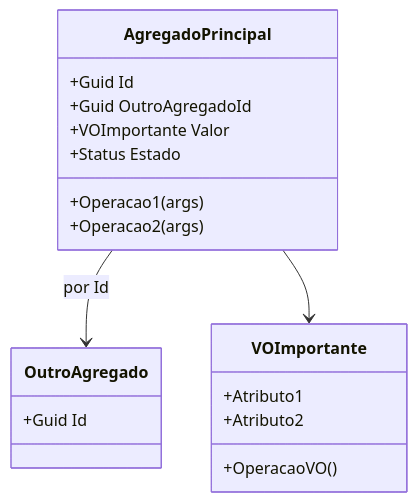
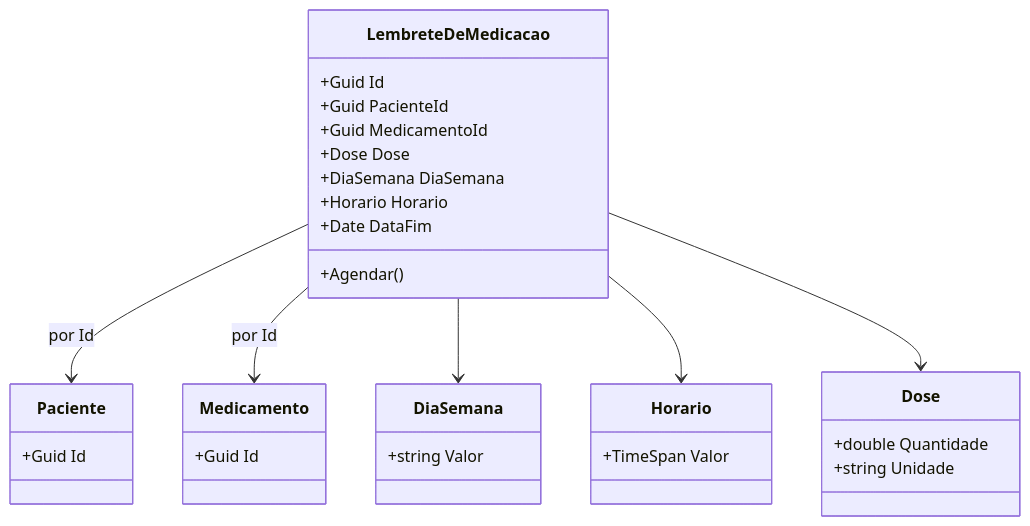
One commit to ThaysonRodrigues/DDD-3.1 changed the diagram in README.md. Above: the diagram before and after it, drawn with Mermaid. The commit also changed other lines of this file, not shown here.

````diff
--- a/README.md
+++ b/README.md
@@ -109,24 +107,40 @@
 ```mermaid
 classDiagram
-  class AgregadoPrincipal {
+  class LembreteDeMedicacao {
     +Guid Id
-    +Guid OutroAgregadoId
-    +VOImportante Valor
-    +Status Estado
-    +Operacao1(args)
-    +Operacao2(args)
+    +Guid PacienteId
+    +Guid MedicamentoId
+    +Dose Dose
+    +DiaSemana DiaSemana
+    +Horario Horario
+    +Date DataFim
+    +Agendar()
   }
 
-  class VOImportante {
-    +Atributo1
-    +Atributo2
-    +OperacaoVO()
-  }
-
-  class OutroAgregado {
+  class Paciente {
     +Guid Id
   }
 
-  AgregadoPrincipal --> OutroAgregado : por Id
-  AgregadoPrincipal --> VOImportante
+  class Medicamento {
+    +Guid Id
+  }
+
+  class DiaSemana {
+    +string Valor
+  }
+
+  class Horario {
+    +TimeSpan Valor
+  }
+
+  class Dose {
+    +double Quantidade
+    +string Unidade
+  }
+
+  LembreteDeMedicacao --> Paciente : por Id
+  LembreteDeMedicacao --> Medicamento : por Id
+  LembreteDeMedicacao --> DiaSemana
+  LembreteDeMedicacao --> Horario
+  LembreteDeMedicacao --> Dose
 ```
````
